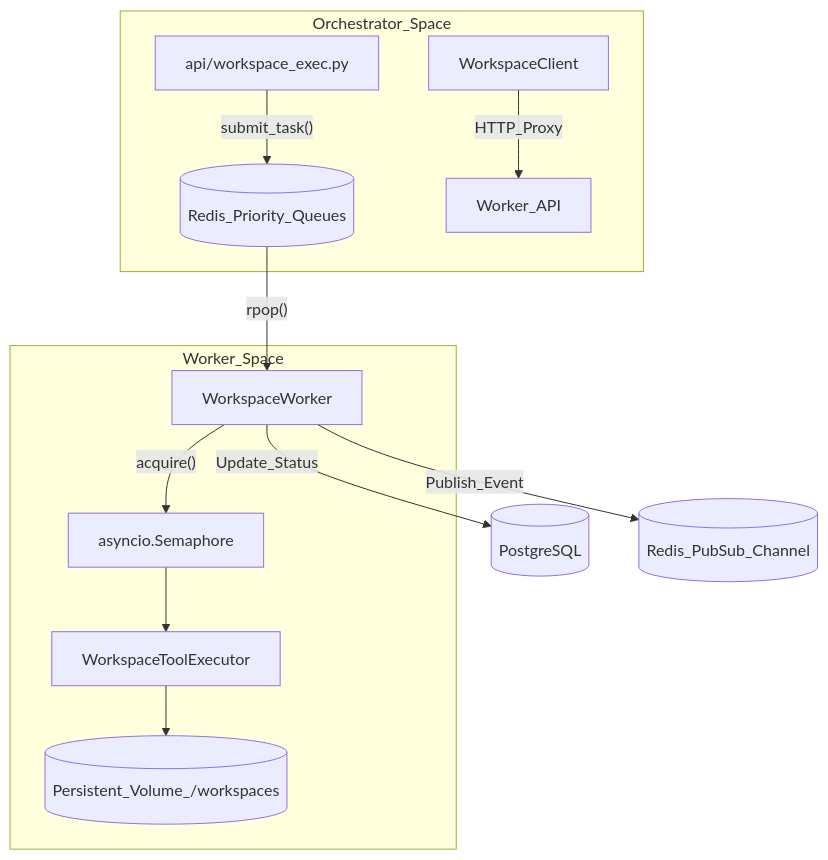
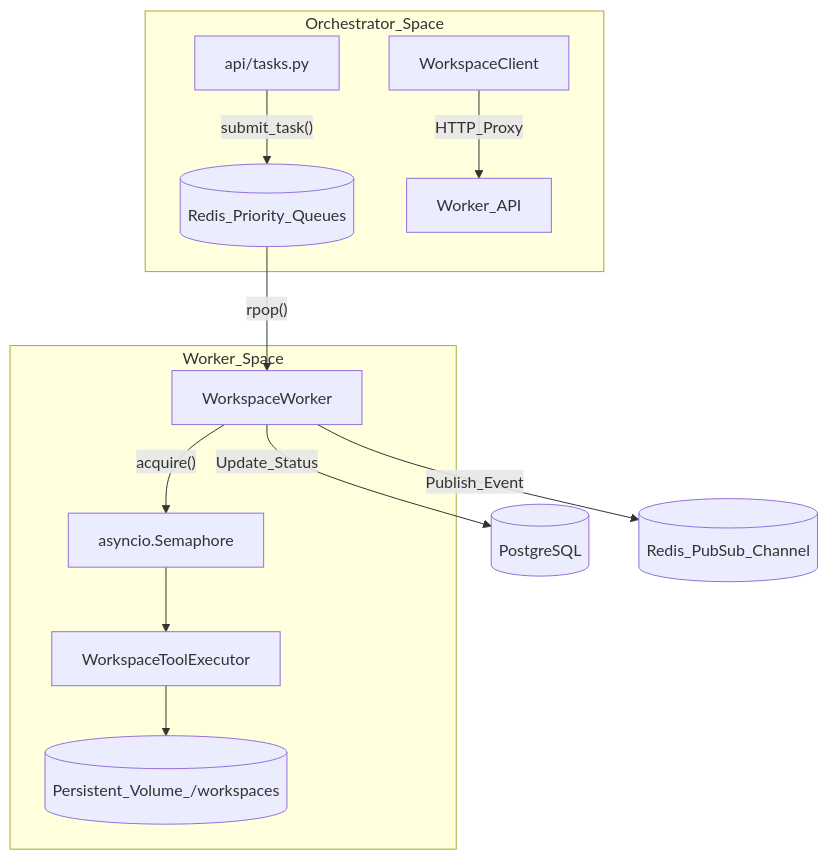
One commit to AutomatosAI/automatos-ai changed the first of 2 diagrams in docs/workspace-execution/_index.md. Above: the diagram before and after it, drawn with Mermaid. The commit also changed other lines of this file and 191 other files, not shown here.

````diff
--- a/docs/workspace-execution/_index.md
+++ b/docs/workspace-execution/_index.md
@@ -59,17 +49,17 @@
 ```mermaid
 graph TD
     subgraph "Orchestrator_Space"
-        A["api/workspace_exec.py"] -- "submit_task()" --> B[("Redis_Priority_Queues")]
+        A["api/tasks.py"] -- "submit_task()" --> B[("Redis_Priority_Queues")]
         C["WorkspaceClient"] -- "HTTP_Proxy" --> D["Worker_API"]
     end
 
     subgraph "Worker_Space"
         B -- "rpop()" --> E["WorkspaceWorker"]
         E -- "acquire()" --> F["asyncio.Semaphore"]
         F --> G["WorkspaceToolExecutor"]
         G --> H[("Persistent_Volume_/workspaces")]
     end
     
     E -- "Update_Status" --> I[("PostgreSQL")]
     E -- "Publish_Event" --> J[("Redis_PubSub_Channel")]
 ```
````
